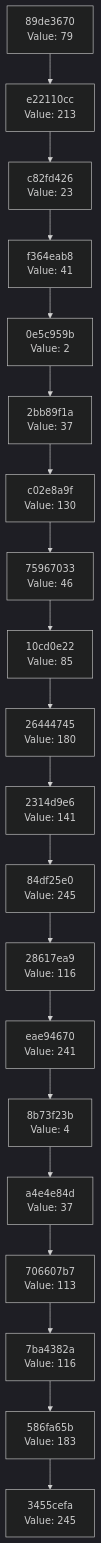
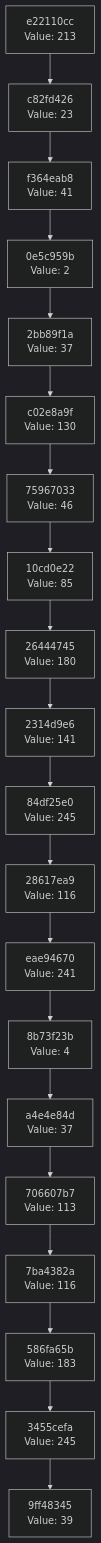
One commit to Abhisheksinha1506/hash-chain-evolver changed the diagram in docs/CHAIN_VISUALIZATION.md. Above: the diagram before and after it, drawn with Mermaid (dark theme). The commit also changed 2 other files, not shown here.

Commit message:
Evolution Step

````diff
--- a/docs/CHAIN_VISUALIZATION.md
+++ b/docs/CHAIN_VISUALIZATION.md
@@ -3,42 +3,42 @@
 ```mermaid
 graph TD
-    C0["3455cefa<br/>Value: 245"]
-    C1["586fa65b<br/>Value: 183"]
+    C0["9ff48345<br/>Value: 39"]
+    C1["3455cefa<br/>Value: 245"]
     C1 --> C0
-    C2["7ba4382a<br/>Value: 116"]
+    C2["586fa65b<br/>Value: 183"]
     C2 --> C1
-    C3["706607b7<br/>Value: 113"]
+    C3["7ba4382a<br/>Value: 116"]
     C3 --> C2
-    C4["a4e4e84d<br/>Value: 37"]
+    C4["706607b7<br/>Value: 113"]
     C4 --> C3
-    C5["8b73f23b<br/>Value: 4"]
+    C5["a4e4e84d<br/>Value: 37"]
     C5 --> C4
-    C6["eae94670<br/>Value: 241"]
+    C6["8b73f23b<br/>Value: 4"]
     C6 --> C5
-    C7["28617ea9<br/>Value: 116"]
+    C7["eae94670<br/>Value: 241"]
     C7 --> C6
-    C8["84df25e0<br/>Value: 245"]
+    C8["28617ea9<br/>Value: 116"]
     C8 --> C7
-    C9["2314d9e6<br/>Value: 141"]
+    C9["84df25e0<br/>Value: 245"]
     C9 --> C8
-    C10["26444745<br/>Value: 180"]
+    C10["2314d9e6<br/>Value: 141"]
     C10 --> C9
-    C11["10cd0e22<br/>Value: 85"]
+    C11["26444745<br/>Value: 180"]
     C11 --> C10
-    C12["75967033<br/>Value: 46"]
+    C12["10cd0e22<br/>Value: 85"]
     C12 --> C11
-    C13["c02e8a9f<br/>Value: 130"]
+    C13["75967033<br/>Value: 46"]
     C13 --> C12
-    C14["2bb89f1a<br/>Value: 37"]
+    C14["c02e8a9f<br/>Value: 130"]
     C14 --> C13
-    C15["0e5c959b<br/>Value: 2"]
+    C15["2bb89f1a<br/>Value: 37"]
     C15 --> C14
-    C16["f364eab8<br/>Value: 41"]
+    C16["0e5c959b<br/>Value: 2"]
     C16 --> C15
-    C17["c82fd426<br/>Value: 23"]
+    C17["f364eab8<br/>Value: 41"]
     C17 --> C16
-    C18["e22110cc<br/>Value: 213"]
+    C18["c82fd426<br/>Value: 23"]
     C18 --> C17
-    C19["89de3670<br/>Value: 79"]
+    C19["e22110cc<br/>Value: 213"]
     C19 --> C18
 ```
````
